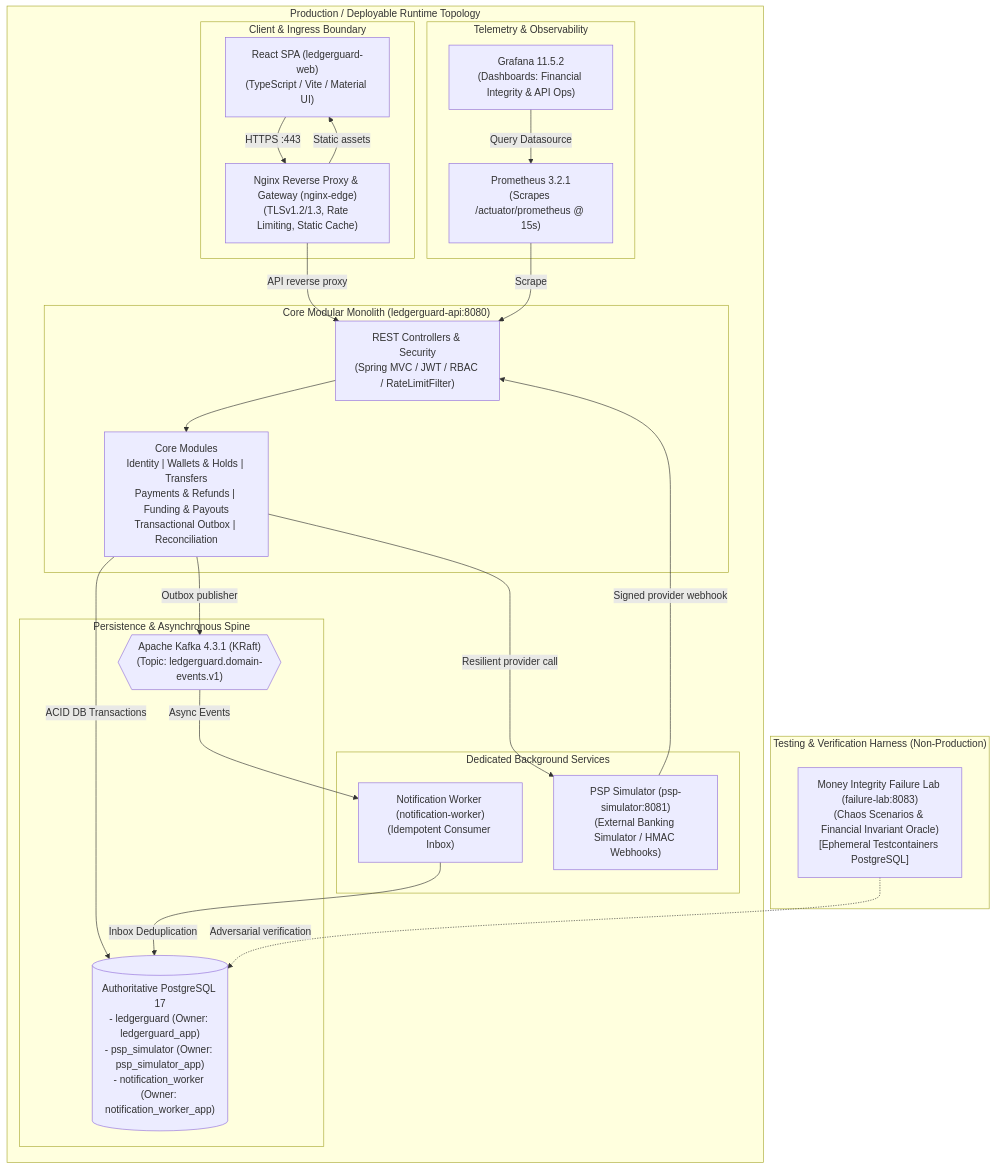
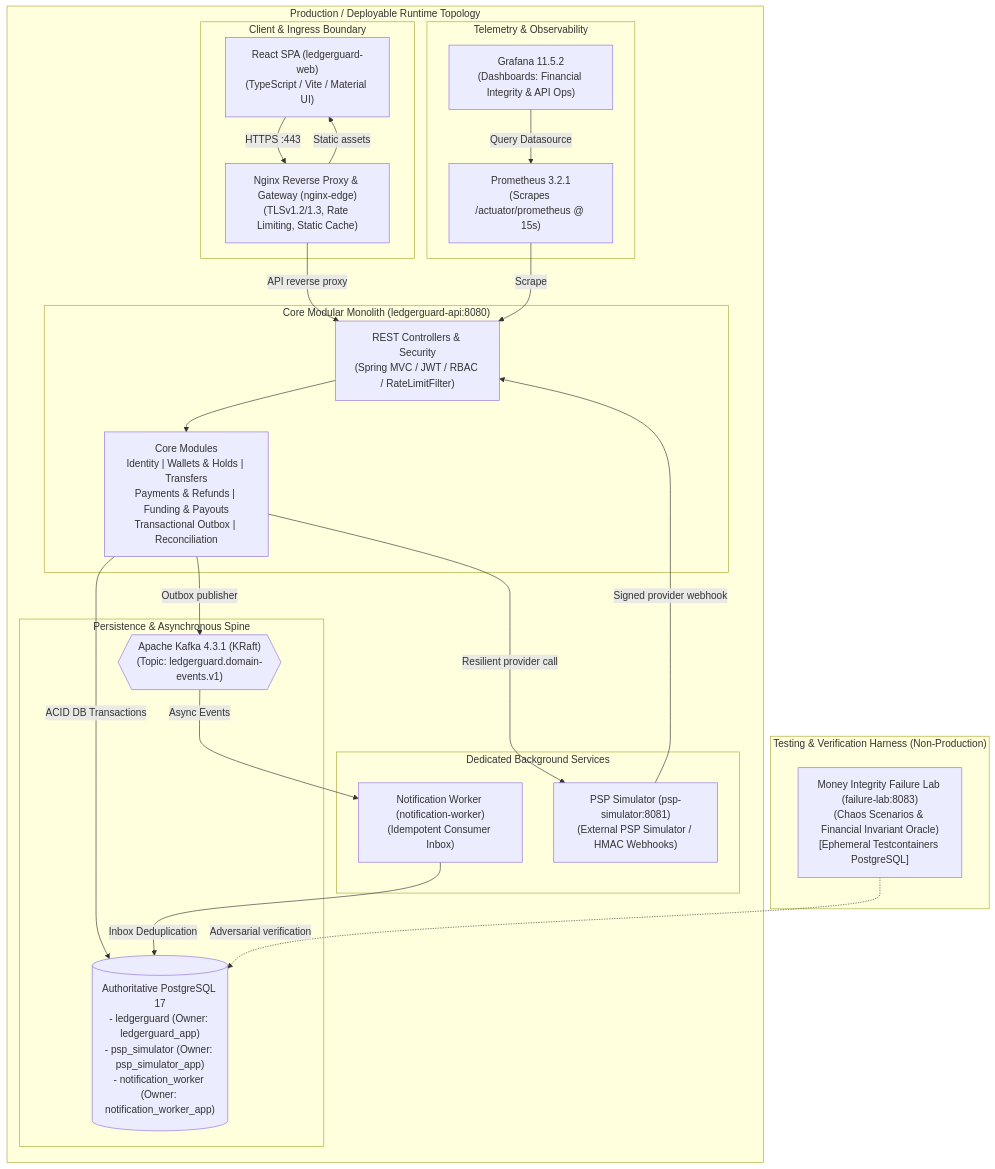
Before and after one commit to manishjangid1499-cell/ledgerguard: the first of 3 diagrams in README.md, drawn with Mermaid. The commit also changed other lines of this file and 5 other files, not shown here.

````diff
--- a/README.md
+++ b/README.md
@@ -50,47 +133,47 @@
 ```mermaid
 flowchart TD
     subgraph Production_Runtime["Production / Deployable Runtime Topology"]
         subgraph Client_Ingress["Client & Ingress Boundary"]
             Browser["React SPA (ledgerguard-web)\n(TypeScript / Vite / Material UI)"]
             Nginx["Nginx Reverse Proxy & Gateway (nginx-edge)\n(TLSv1.2/1.3, Rate Limiting, Static Cache)"]
         end
 
         subgraph Core_Monolith["Core Modular Monolith (ledgerguard-api:8080)"]
             API_GW["REST Controllers & Security\n(Spring MVC / JWT / RBAC / RateLimitFilter)"]
             Modules["Core Modules\nIdentity | Wallets & Holds | Transfers\nPayments & Refunds | Funding & Payouts\nTransactional Outbox | Reconciliation"]
         end
 
         subgraph Datastore_Spine["Persistence & Asynchronous Spine"]
             Postgres[("Authoritative PostgreSQL 17\n- ledgerguard (Owner: ledgerguard_app)\n- psp_simulator (Owner: psp_simulator_app)\n- notification_worker (Owner: notification_worker_app)")]
             Kafka{{"Apache Kafka 4.3.1 (KRaft)\n(Topic: ledgerguard.domain-events.v1)"}}
         end
 
         subgraph Async_Workers["Dedicated Background Services"]
             NotifWorker["Notification Worker (notification-worker)\n(Idempotent Consumer Inbox)"]
-            PspSim["PSP Simulator (psp-simulator:8081)\n(External Banking Simulator / HMAC Webhooks)"]
+            PspSim["PSP Simulator (psp-simulator:8081)\n(External PSP Simulator / HMAC Webhooks)"]
         end
 
         subgraph Observability_Stack["Telemetry & Observability"]
             Prometheus["Prometheus 3.2.1\n(Scrapes /actuator/prometheus @ 15s)"]
             Grafana["Grafana 11.5.2\n(Dashboards: Financial Integrity & API Ops)"]
         end
     end
 
     subgraph Testing_Harness["Testing & Verification Harness (Non-Production)"]
         FailureLab["Money Integrity Failure Lab (failure-lab:8083)\n(Chaos Scenarios & Financial Invariant Oracle)\n[Ephemeral Testcontainers PostgreSQL]"]
     end
 
     Browser -->|HTTPS :443| Nginx
     Nginx -->|API reverse proxy| API_GW
     Nginx -->|Static assets| Browser
     API_GW --> Modules
     Modules -->|ACID DB Transactions| Postgres
     Modules -->|Outbox publisher| Kafka
     Modules -->|Resilient provider call| PspSim
     PspSim -->|Signed provider webhook| API_GW
     Kafka -->|Async Events| NotifWorker
     NotifWorker -->|Inbox Deduplication| Postgres
     Prometheus -->|Scrape| API_GW
     Grafana -->|Query Datasource| Prometheus
     FailureLab -.->|Adversarial verification| Postgres
 ```
````
